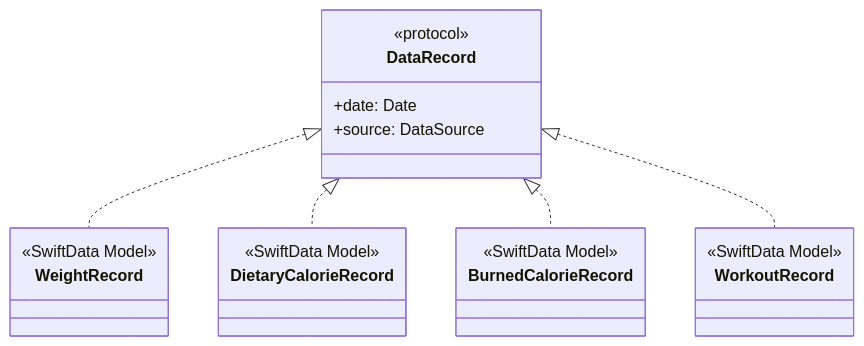
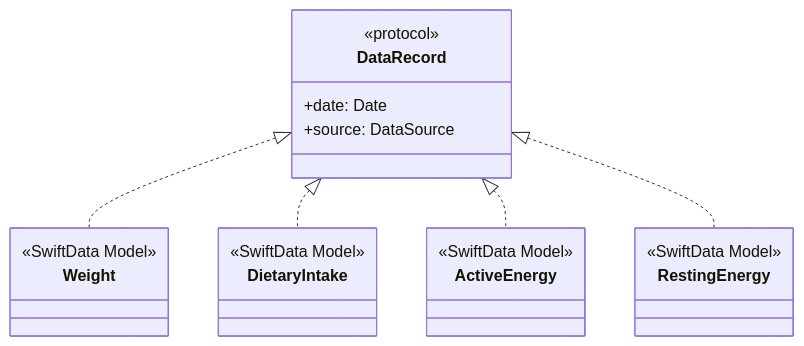
Before and after one commit to mohdfareed/health-bank: the second of 4 diagrams in REVIEW.md, drawn with Mermaid. The commit also changed other lines of this file and 12 other files, not shown here.

````diff
--- a/REVIEW.md
+++ b/REVIEW.md
@@ -77,16 +69,16 @@
     ```mermaid
     classDiagram
         class DataRecord {
             <<protocol>>
             +date: Date
             +source: DataSource
         }
-        class WeightRecord { <<SwiftData Model>> }
-        class DietaryCalorieRecord { <<SwiftData Model>> }
-        class BurnedCalorieRecord { <<SwiftData Model>> }
-        class WorkoutRecord { <<SwiftData Model>> }
-        DataRecord <|.. WeightRecord
-        DataRecord <|.. DietaryCalorieRecord
-        DataRecord <|.. BurnedCalorieRecord
-        DataRecord <|.. WorkoutRecord
+        class Weight { <<SwiftData Model>> }
+        class DietaryIntake { <<SwiftData Model>> }
+        class ActiveEnergy { <<SwiftData Model>> }
+        class RestingEnergy { <<SwiftData Model>> }
+        DataRecord <|.. Weight
+        DataRecord <|.. DietaryIntake
+        DataRecord <|.. ActiveEnergy
+        DataRecord <|.. RestingEnergy
     ```
````
